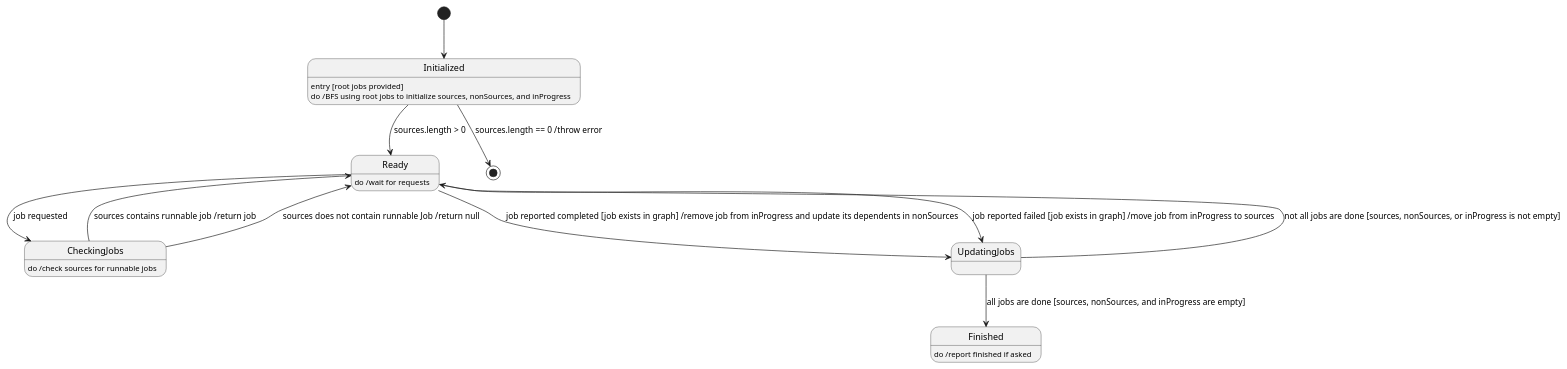
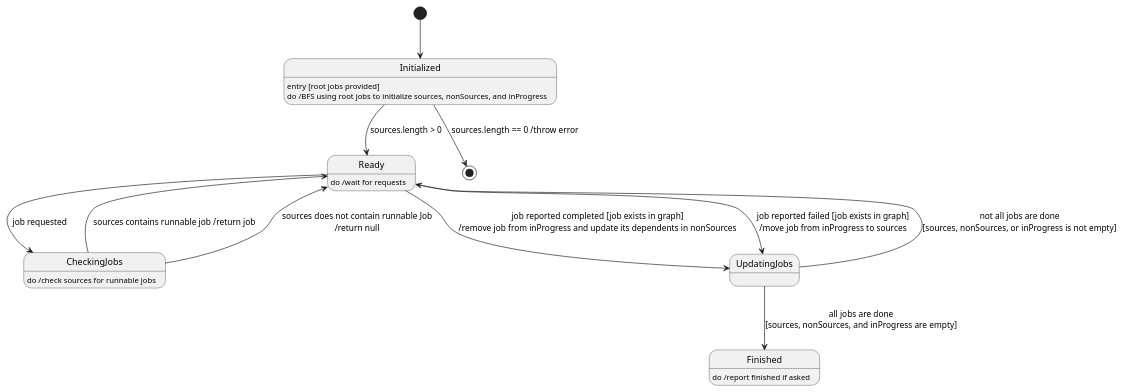
One commit to cs130-w21/1 changed the diagram in StateMachine/JobOrdererStateMachine.plantuml. Above: the diagram before and after it, drawn with PlantUML.

Commit message:
line breaks

```diff
--- a/StateMachine/JobOrdererStateMachine.plantuml
+++ b/StateMachine/JobOrdererStateMachine.plantuml
@@ -1,24 +1,24 @@
 @startuml JobOrdererStateMachine
 
 [*] --> Initialized
 
 Initialized: entry [root jobs provided]
 Initialized: do /BFS using root jobs to initialize sources, nonSources, and inProgress
 Initialized --> Ready: sources.length > 0
 Initialized --> [*]: sources.length == 0 /throw error
 
 Ready: do /wait for requests
 Ready --> CheckingJobs: job requested
-Ready --> UpdatingJobs: job reported completed [job exists in graph] /remove job from inProgress and update its dependents in nonSources
-Ready --> UpdatingJobs: job reported failed [job exists in graph] /move job from inProgress to sources
+Ready --> UpdatingJobs: job reported completed [job exists in graph]\n/remove job from inProgress and update its dependents in nonSources
+Ready --> UpdatingJobs: job reported failed [job exists in graph]\n/move job from inProgress to sources
 
 CheckingJobs: do /check sources for runnable jobs
 CheckingJobs --> Ready: sources contains runnable job /return job
-CheckingJobs --> Ready: sources does not contain runnable Job /return null
+CheckingJobs --> Ready: sources does not contain runnable Job\n/return null
 
-UpdatingJobs --> Ready: not all jobs are done [sources, nonSources, or inProgress is not empty]
-UpdatingJobs --> Finished: all jobs are done [sources, nonSources, and inProgress are empty]
+UpdatingJobs --> Ready: not all jobs are done\n[sources, nonSources, or inProgress is not empty]
+UpdatingJobs --> Finished: all jobs are done\n[sources, nonSources, and inProgress are empty]
 
 Finished: do /report finished if asked
 
 @enduml
```
